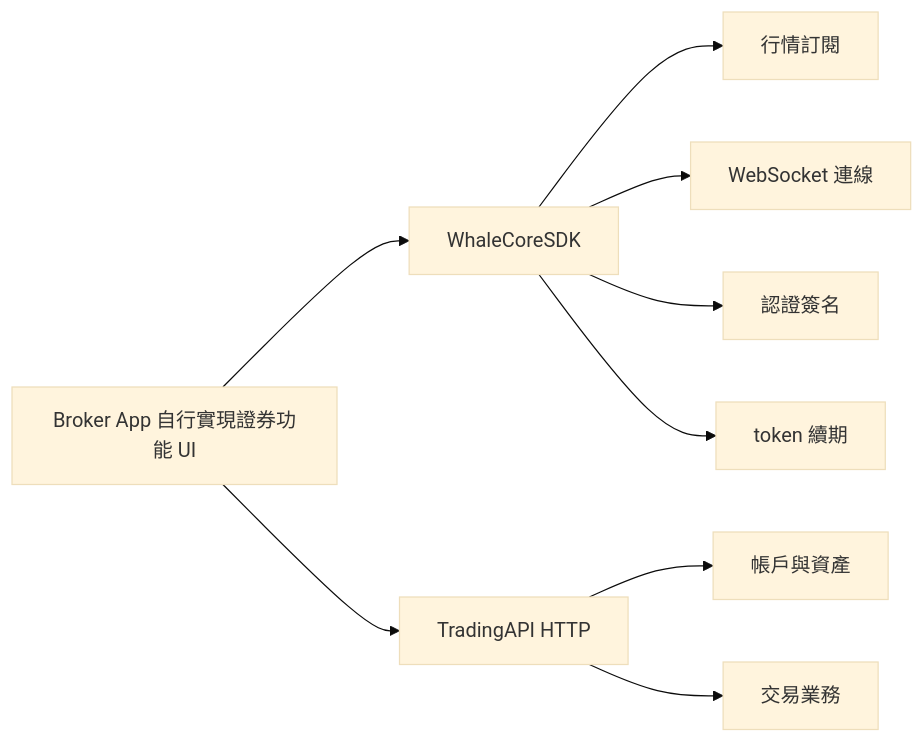
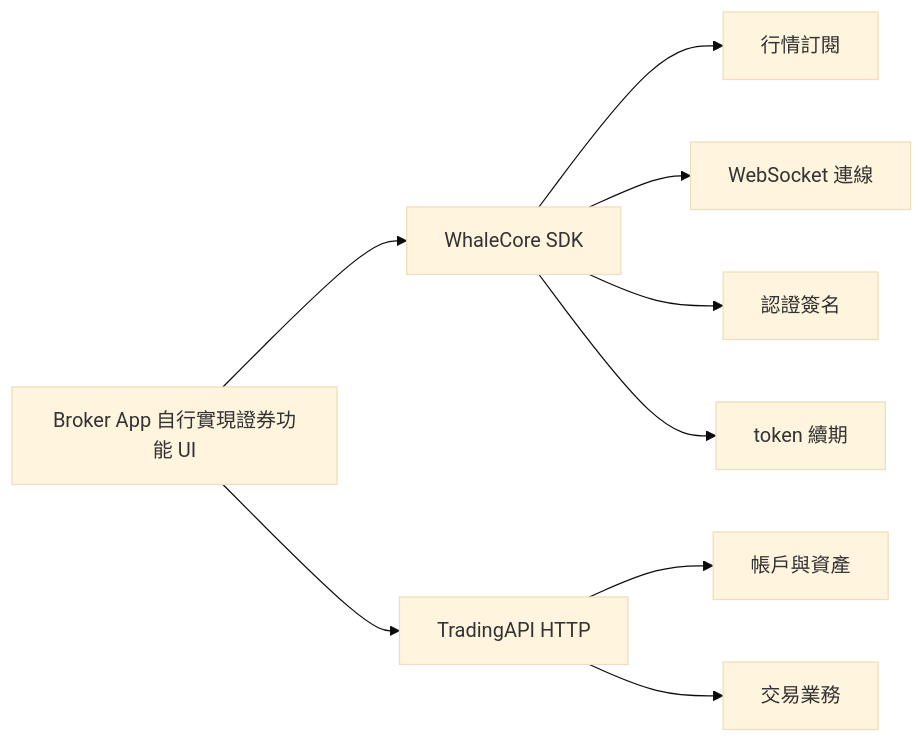
The diagram in docs/zh-HK/trading-api/overview.mdx (longbridge/whale-docs), drawn with Mermaid (base theme) before and after one commit. The commit also changed other lines of this file and 22 other files, not shown here.

````diff
--- a/docs/zh-HK/trading-api/overview.mdx
+++ b/docs/zh-HK/trading-api/overview.mdx
@@ -13,11 +13,11 @@
 ```mermaid
 flowchart LR
-    A[Broker App 自行實現證券功能 UI] --> B[WhaleCoreSDK]
+    A[Broker App 自行實現證券功能 UI] --> B[WhaleCore SDK]
     A --> C[TradingAPI HTTP]
     B --> D[行情訂閱]
     B --> E[WebSocket 連線]
     B --> F[認證簽名]
     B --> G[token 續期]
     C --> H[帳戶與資產]
     C --> I[交易業務]
 ```
````
